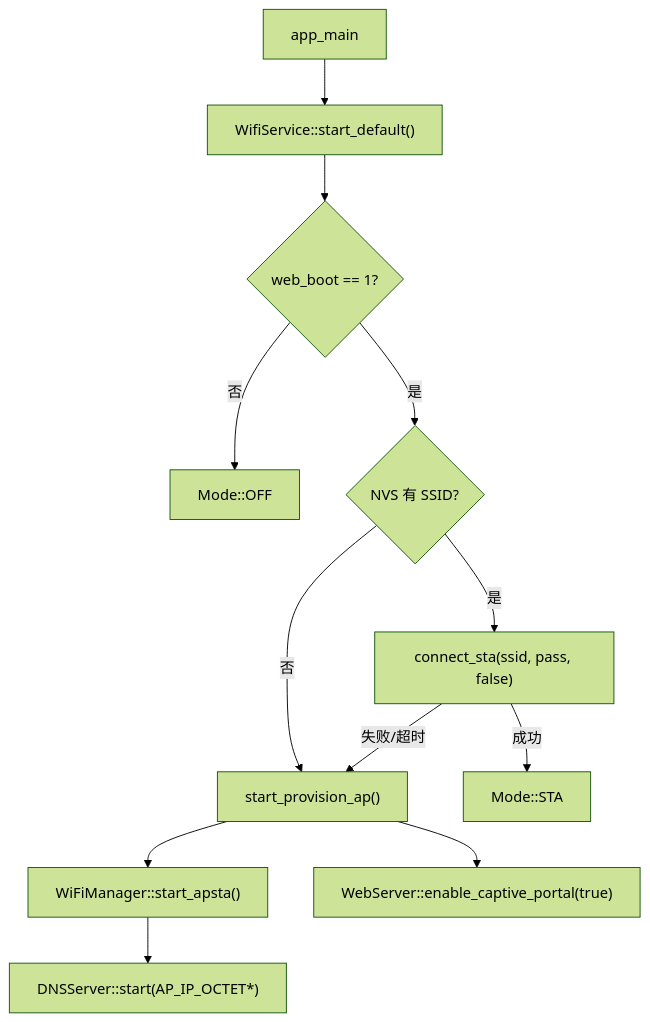
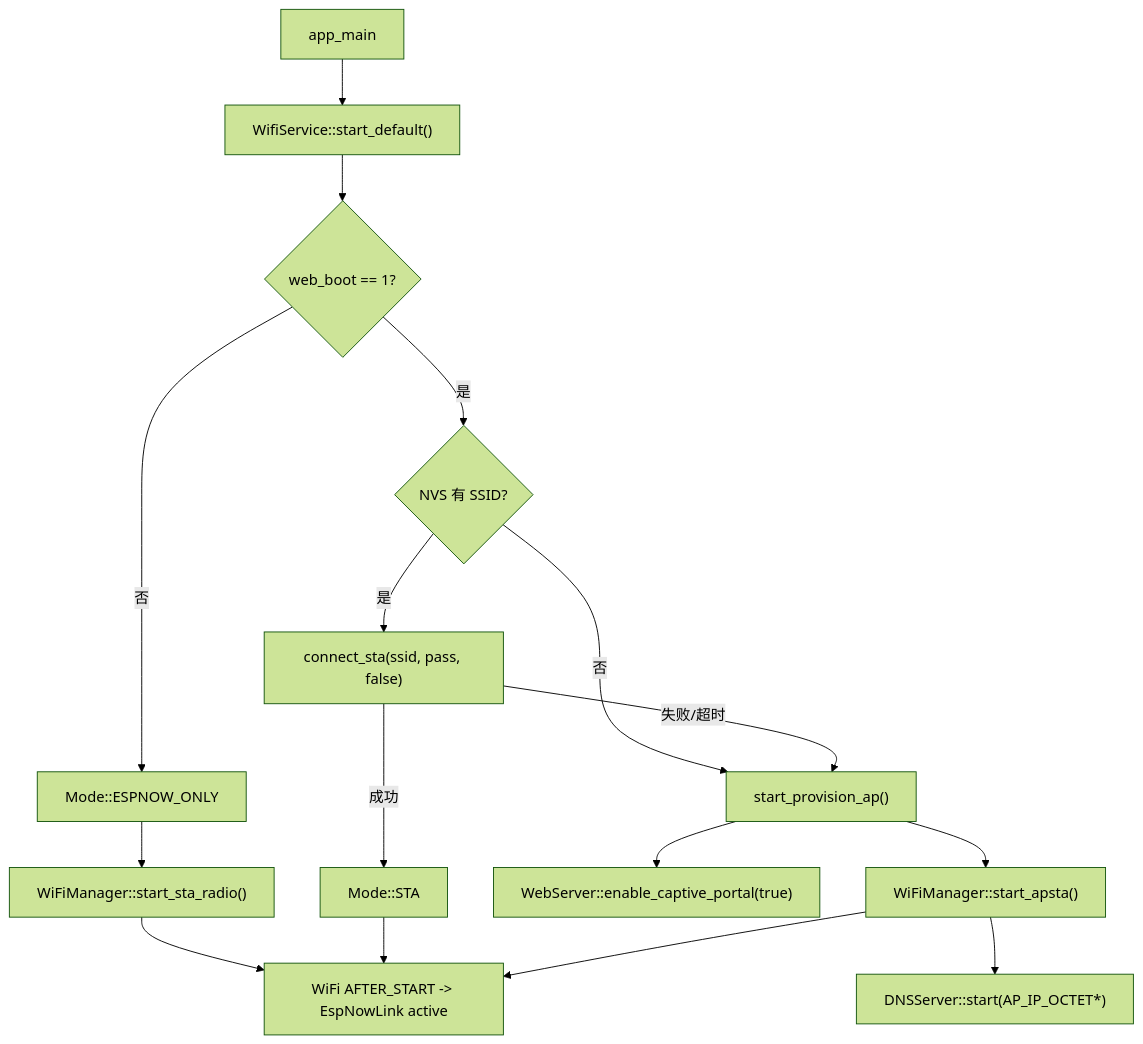
Before and after one commit to qingmeijiupiao/Wireless_power_meter_lite: the diagram in components/app/wifi_service/README.md, drawn with Mermaid (forest theme). The commit also changed other lines of this file and 44 other files, not shown here.

````diff
--- a/components/app/wifi_service/README.md
+++ b/components/app/wifi_service/README.md
@@ -26,14 +30,18 @@
 ```mermaid
 flowchart TD
     Main["app_main"] --> Init["WifiService::start_default()"]
     Init --> BootCheck{"web_boot == 1?"}
-    BootCheck -->|否| Off["Mode::OFF"]
+    BootCheck -->|否| Now["Mode::ESPNOW_ONLY"]
     BootCheck -->|是| HasSta{"NVS 有 SSID?"}
     HasSta -->|是| StaConnect["connect_sta(ssid, pass, false)"]
     HasSta -->|否| AP["start_provision_ap()"]
     StaConnect -->|成功| STA["Mode::STA"]
     StaConnect -->|失败/超时| AP
     AP --> APSTA["WiFiManager::start_apsta()"]
     APSTA --> DNS["DNSServer::start(AP_IP_OCTET*)"]
     AP --> Portal["WebServer::enable_captive_portal(true)"]
+    Now --> Radio["WiFiManager::start_sta_radio()"]
+    Radio --> Link["WiFi AFTER_START -> EspNowLink active"]
+    STA --> Link
+    APSTA --> Link
 ```
````
